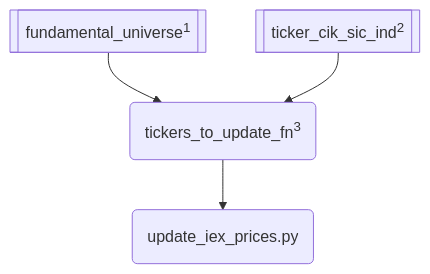
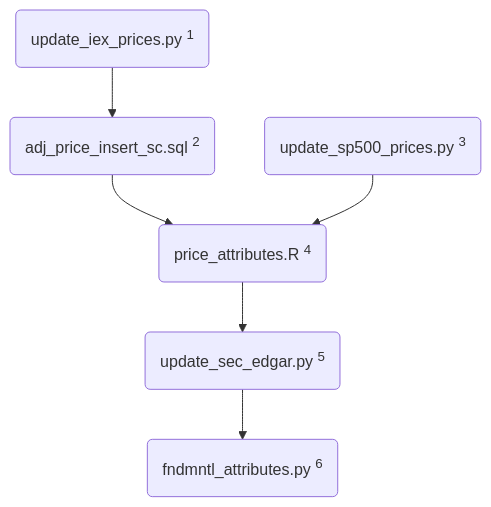
Before and after one commit to Brent-Morrison/Stock_master: the second of 2 diagrams in README.md, drawn with Mermaid. The commit also changed other lines of this file and 1 other file, not shown here.

````diff
--- a/README.md
+++ b/README.md
@@ -51,6 +48,8 @@
 ```mermaid
     flowchart TD
-        A[[fundamental_universe<sup>1</sup>]] --> C(tickers_to_update_fn<sup>3</sup>)
-        B[[ticker_cik_sic_ind<sup>2</sup>]] --> C
-        C --> D(update_iex_prices.py)
+        A(update_iex_prices.py <sup>1</sup>) --> B(adj_price_insert_sc.sql <sup>2</sup>)
+        B --> C(price_attributes.R <sup>4</sup>)
+        D(update_sp500_prices.py <sup>3</sup>) --> C
+        C --> E(update_sec_edgar.py <sup>5</sup>)
+        E --> F(fndmntl_attributes.py <sup>6</sup>)
 ```
````
